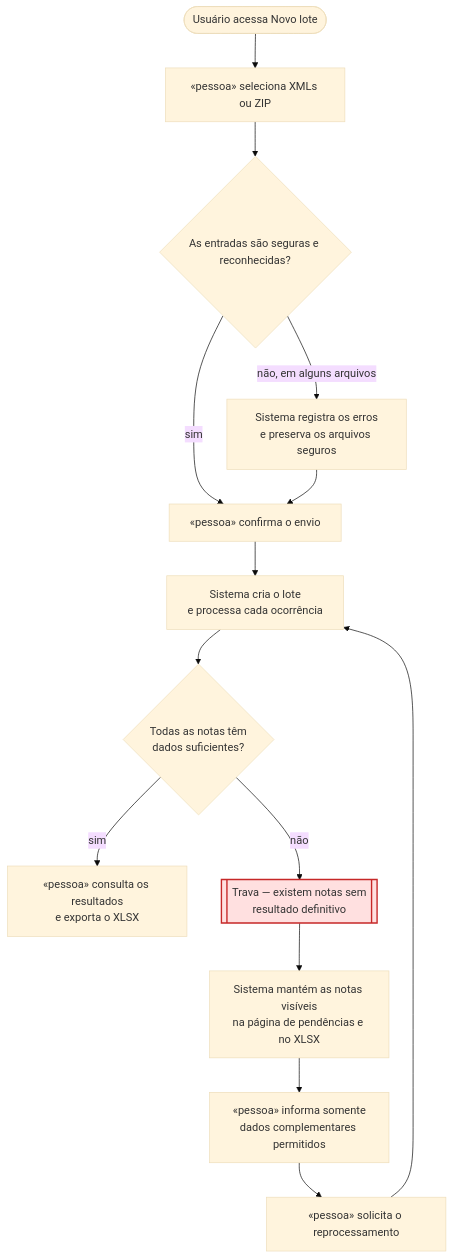
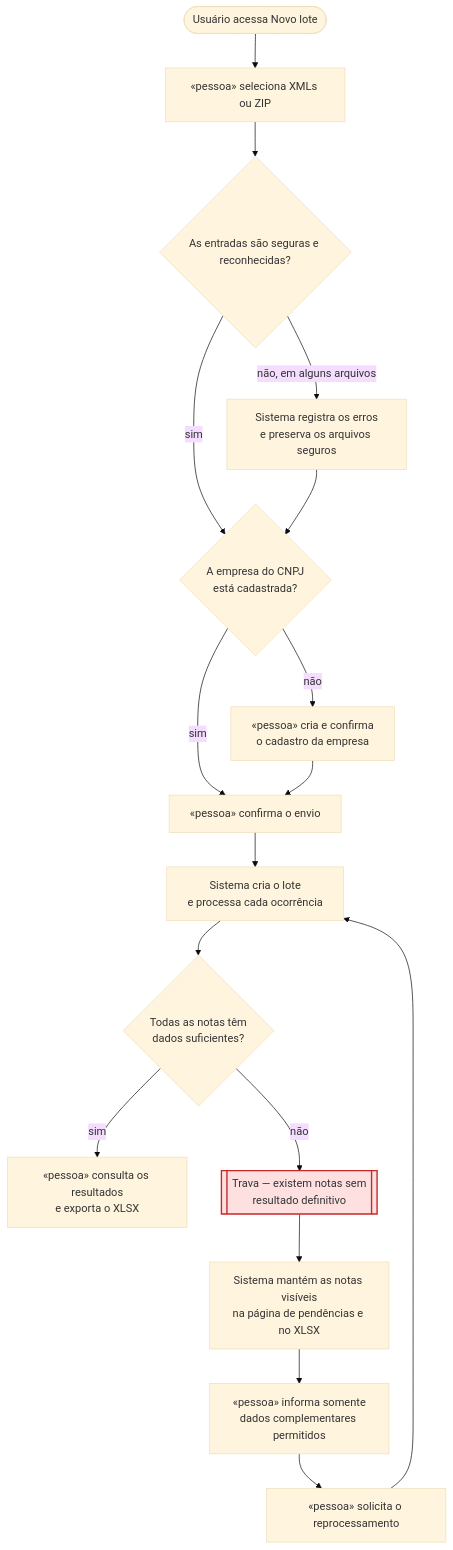
Before and after one commit to nicosikmoraes/motor-calculo-icms: the first of 2 diagrams in docs/user-flows.md, drawn with Mermaid (base theme). The commit also changed 3 other files, not shown here.

Commit message:
docs: exige cadastro confirmado para CNPJ desconhecido

````diff
--- a/docs/user-flows.md
+++ b/docs/user-flows.md
@@ -15,18 +15,21 @@
 ```mermaid
 flowchart TD
     A(["Usuário acessa Novo lote"]) --> B["«pessoa» seleciona XMLs ou ZIP"]
     B --> C{"As entradas são seguras e reconhecidas?"}
     C -->|"não, em alguns arquivos"| D["Sistema registra os erros<br/>e preserva os arquivos seguros"]
-    C -->|"sim"| E["«pessoa» confirma o envio"]
-    D --> E
+    C -->|"sim"| CNPJ{"A empresa do CNPJ<br/>está cadastrada?"}
+    D --> CNPJ
+    CNPJ -->|"não"| CAD["«pessoa» cria e confirma<br/>o cadastro da empresa"]
+    CNPJ -->|"sim"| E["«pessoa» confirma o envio"]
+    CAD --> E
     E --> F["Sistema cria o lote<br/>e processa cada ocorrência"]
     F --> G{"Todas as notas têm<br/>dados suficientes?"}
     G -->|"sim"| H["«pessoa» consulta os resultados<br/>e exporta o XLSX"]
     G -->|"não"| X1[["Trava — existem notas sem<br/>resultado definitivo"]]
     X1 --> I["Sistema mantém as notas visíveis<br/>na página de pendências e no XLSX"]
     I --> J["«pessoa» informa somente<br/>dados complementares permitidos"]
     J --> K["«pessoa» solicita o reprocessamento"]
     K --> F
 
     style X1 fill:#ffe0e0,stroke:#c62828,stroke-width:2px
 ```
````
